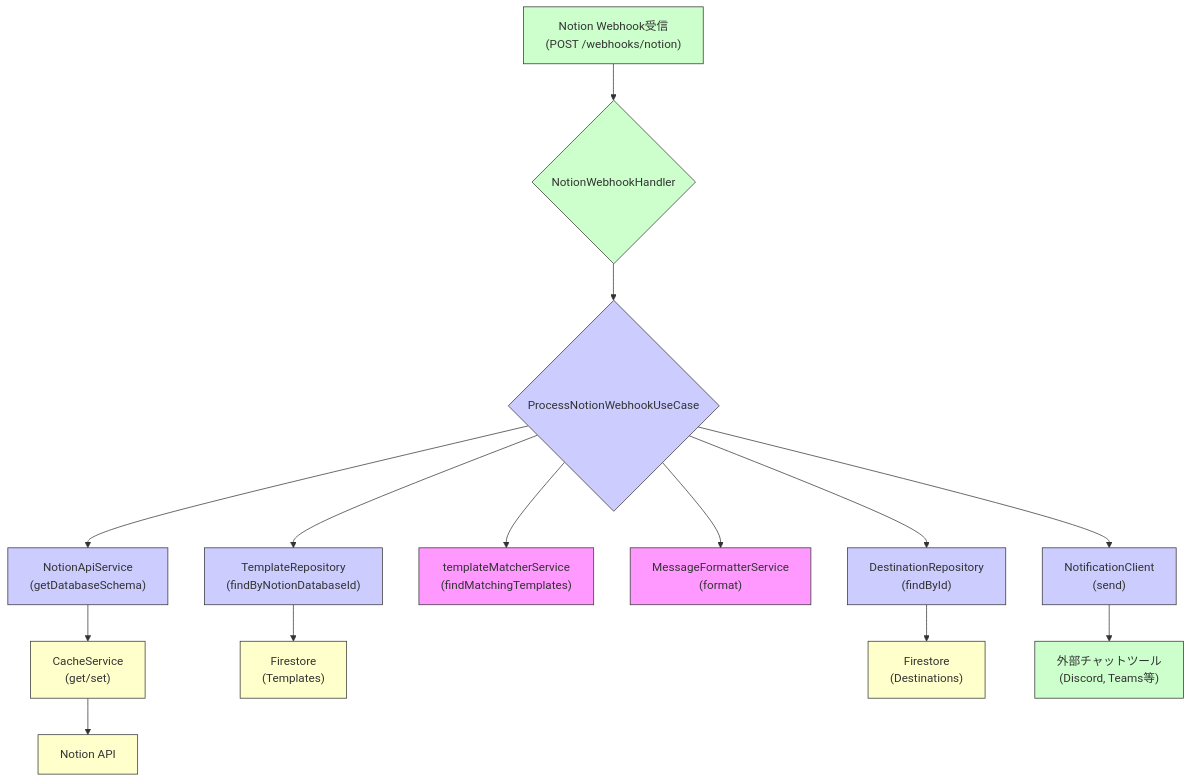
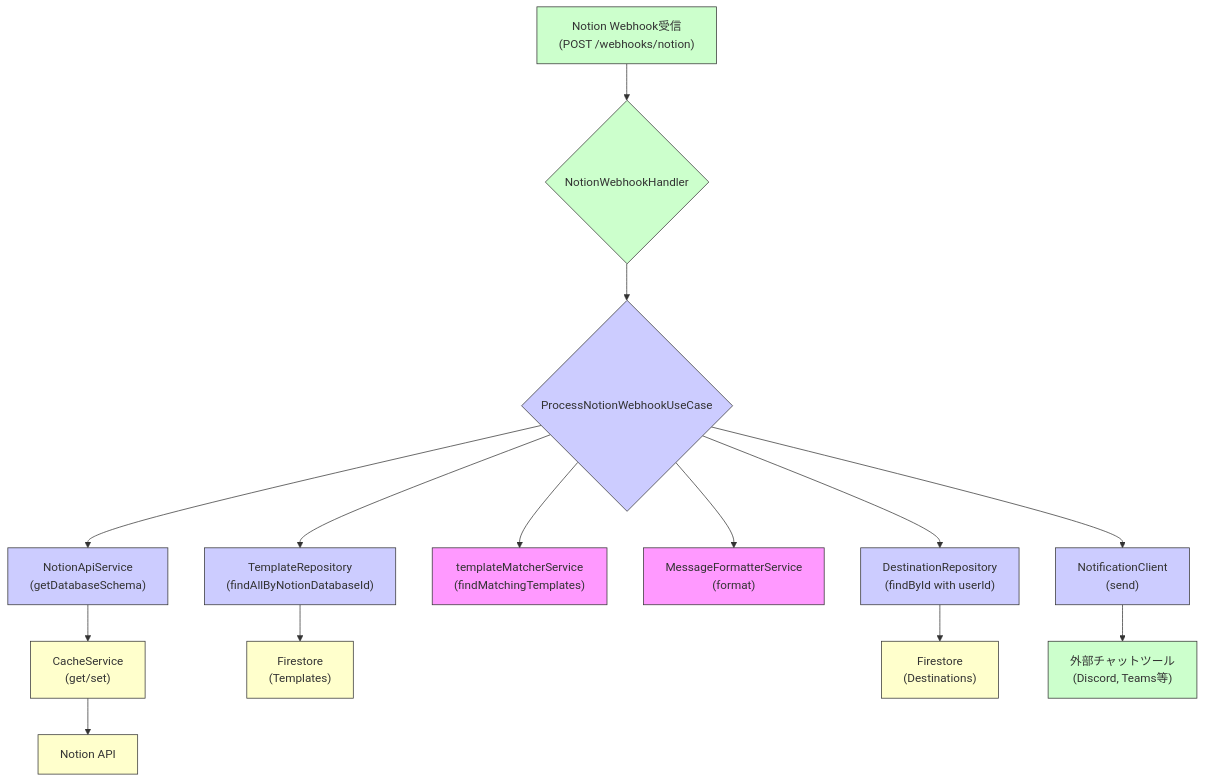
The diagram in docs/webhook_processing_flow.md (masa-massara/notifier), drawn with Mermaid before and after one commit. The commit also changed other lines of this file and 5 other files, not shown here.

````diff
--- a/docs/webhook_processing_flow.md
+++ b/docs/webhook_processing_flow.md
@@ -9,31 +9,29 @@
 ```mermaid
 graph TD
     A["Notion Webhook受信<br>(POST /webhooks/notion)"] --> B{NotionWebhookHandler};
     B --> C{ProcessNotionWebhookUseCase};
     C --> D["NotionApiService<br>(getDatabaseSchema)"];
     D --> E["CacheService<br>(get/set)"];
     E --> F[Notion API];
-    C --> G["TemplateRepository<br>(findByNotionDatabaseId)"];
-    G --> H["Firestore<br>(Templates)"];
+    C --> G["TemplateRepository<br>(findAllByNotionDatabaseId)"]; G --> H["Firestore<br>(Templates)"];
     C --> I["templateMatcherService<br>(findMatchingTemplates)"];
     C --> J["MessageFormatterService<br>(format)"];
-    C --> K["DestinationRepository<br>(findById)"];
-    K --> L["Firestore<br>(Destinations)"];
+    C --> K["DestinationRepository<br>(findById with userId)"]; K --> L["Firestore<br>(Destinations)"];
     C --> M["NotificationClient<br>(send)"];
     M --> N["外部チャットツール<br>(Discord, Teams等)"];
 
     style A fill:#cfc,stroke:#333
     style B fill:#cfc,stroke:#333
     style C fill:#ccf,stroke:#333
     style D fill:#ccf,stroke:#333
     style E fill:#ffc,stroke:#333
     style F fill:#ffc,stroke:#333
     style G fill:#ccf,stroke:#333
     style H fill:#ffc,stroke:#333
     style I fill:#f9f,stroke:#333
     style J fill:#f9f,stroke:#333
     style K fill:#ccf,stroke:#333
     style L fill:#ffc,stroke:#333
     style M fill:#ccf,stroke:#333
     style N fill:#cfc,stroke:#333
 ```
````
